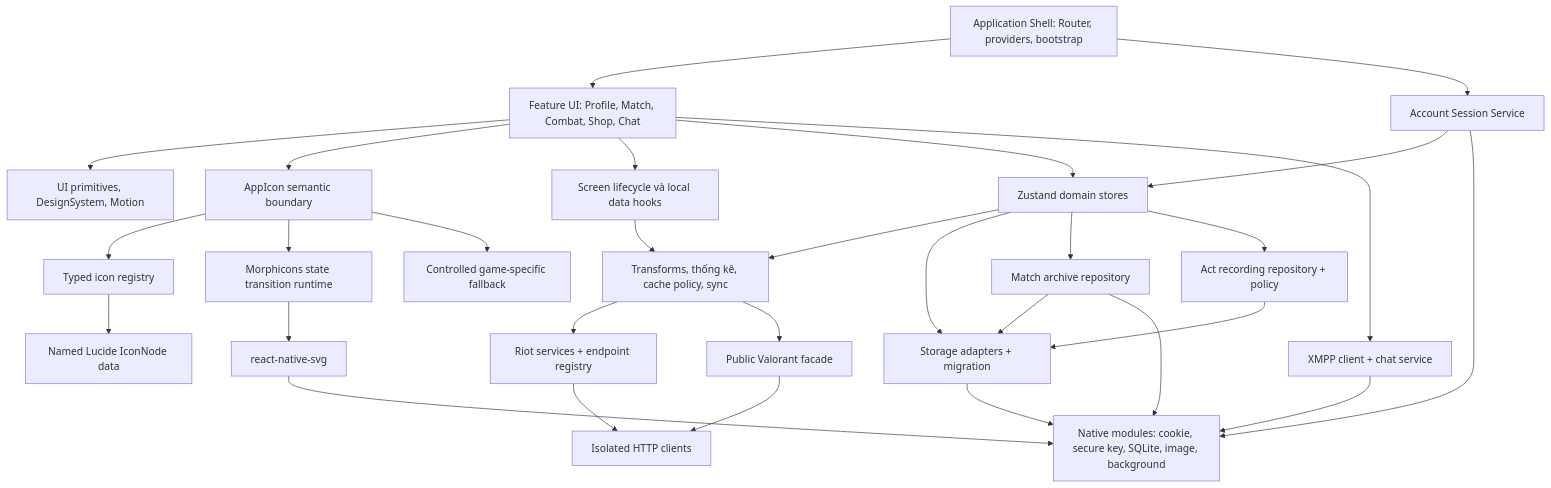
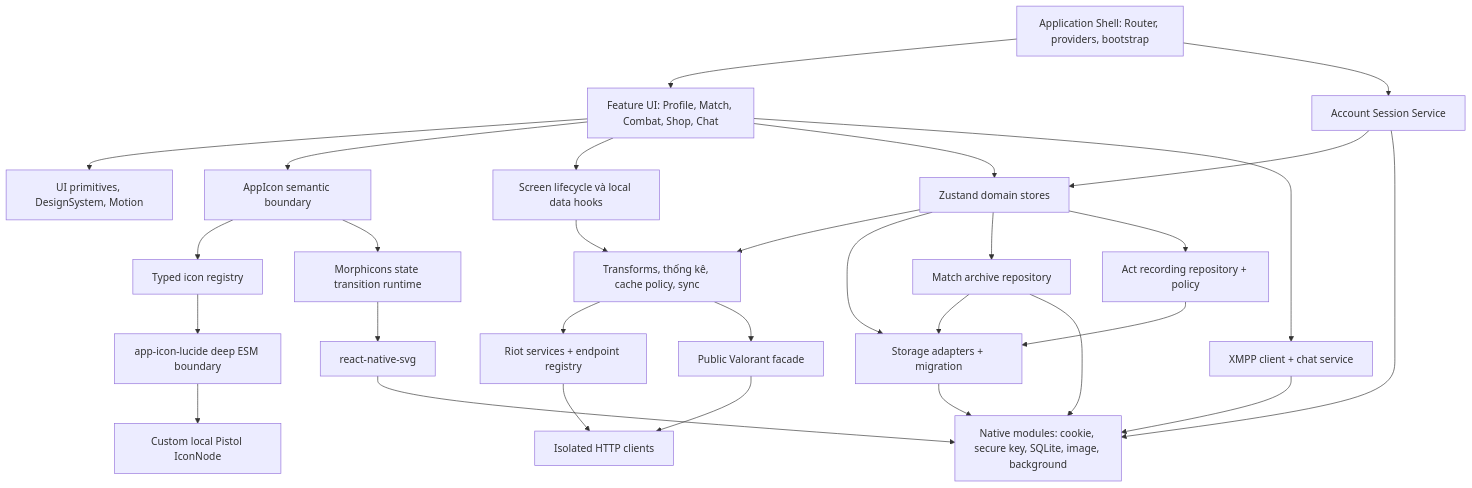
Before and after one commit to GinzaTech/Vshop: the diagram in markdown/11-component.md, drawn with Mermaid. The commit also changed other lines of this file and 21 other files, not shown here.

````diff
--- a/markdown/11-component.md
+++ b/markdown/11-component.md
@@ -5,53 +5,53 @@
 ```mermaid
 flowchart TB
     Shell[Application Shell: Router, providers, bootstrap]
     UI[Feature UI: Profile, Match, Combat, Shop, Chat]
     Primitives[UI primitives, DesignSystem, Motion]
     AppIcon[AppIcon semantic boundary]
     IconRegistry[Typed icon registry]
-    Lucide[Named Lucide IconNode data]
+    LucideBoundary[app-icon-lucide deep ESM boundary]
     Morphicons[Morphicons state transition runtime]
     Svg[react-native-svg]
-    GameFallback[Controlled game-specific fallback]
+    LocalPistol[Custom local Pistol IconNode]
     Stores[Zustand domain stores]
     Hooks[Screen lifecycle và local data hooks]
     Domain[Transforms, thống kê, cache policy, sync]
     Session[Account Session Service]
     Riot[Riot services + endpoint registry]
     Public[Public Valorant facade]
     HTTP[Isolated HTTP clients]
     Persist[Storage adapters + migration]
     Archive[Match archive repository]
     Recording[Act recording repository + policy]
     Chat[XMPP client + chat service]
     Native[Native modules: cookie, secure key, SQLite, image, background]
     Shell --> UI
     Shell --> Session
     UI --> Primitives
     UI --> AppIcon
     AppIcon --> IconRegistry
-    IconRegistry --> Lucide
+    IconRegistry --> LucideBoundary
+    LucideBoundary --> LocalPistol
     AppIcon --> Morphicons
     Morphicons --> Svg
-    AppIcon --> GameFallback
     Svg --> Native
     UI --> Hooks
     UI --> Stores
     Hooks --> Domain
     Stores --> Domain
     Session --> Stores
     Domain --> Riot
     Domain --> Public
     Riot --> HTTP
     Public --> HTTP
     Stores --> Persist
     Stores --> Archive
     Stores --> Recording
     Recording --> Persist
     Archive --> Persist
     Archive --> Native
     Persist --> Native
     Session --> Native
     UI --> Chat
     Chat --> Native
 ```
````
